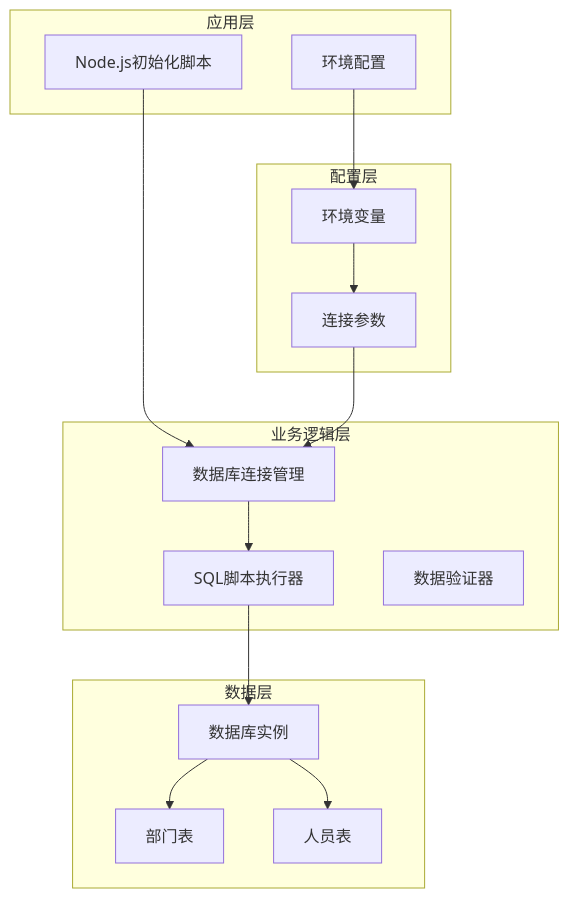
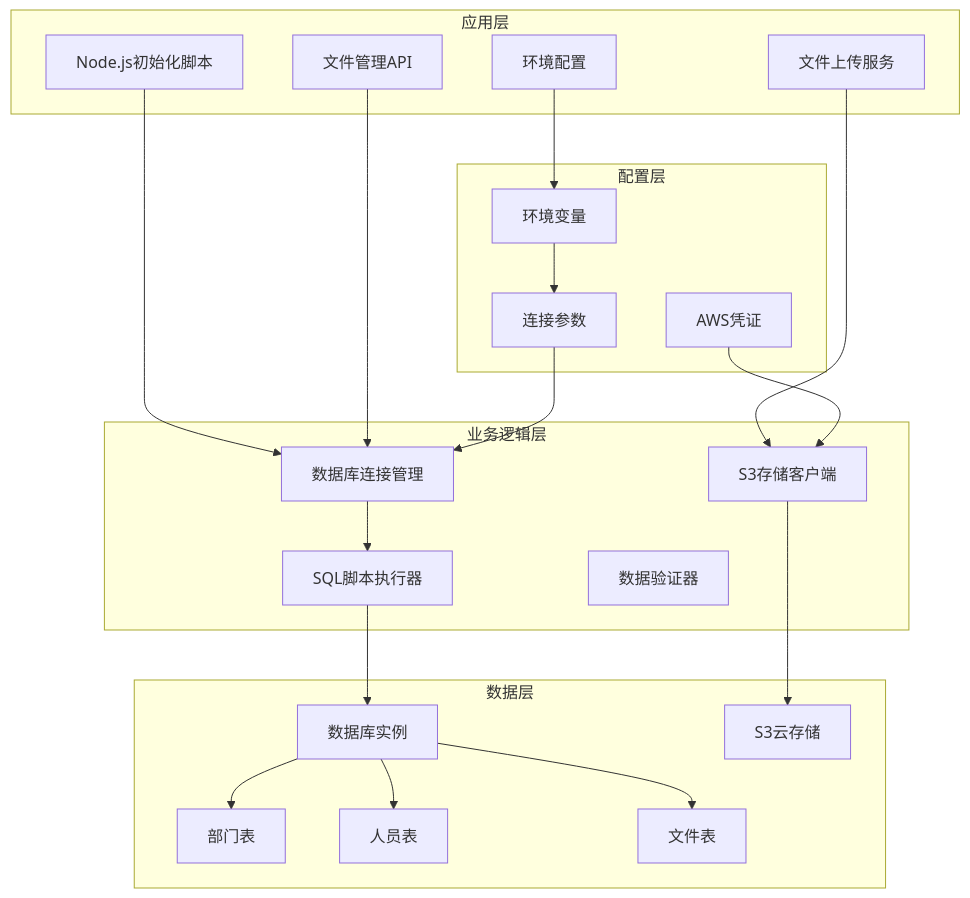
The second of 13 diagrams in .qoder/repowiki/zh/content/数据库脚本详解/数据库脚本详解.md (lane6008/fileTest), drawn with Mermaid before and after one commit. The commit also changed other lines of this file and 7 other files, not shown here.

````diff
--- a/.qoder/repowiki/zh/content/数据库脚本详解/数据库脚本详解.md
+++ b/.qoder/repowiki/zh/content/数据库脚本详解/数据库脚本详解.md
@@ -106,29 +131,40 @@
 ```mermaid
 graph TB
 subgraph "应用层"
 A[Node.js初始化脚本]
 B[环境配置]
+C[文件上传服务]
+D[文件管理API]
 end
 subgraph "业务逻辑层"
-C[数据库连接管理]
-D[SQL脚本执行器]
-E[数据验证器]
+E[数据库连接管理]
+F[SQL脚本执行器]
+G[数据验证器]
+H[S3存储客户端]
 end
 subgraph "数据层"
-F[数据库实例]
-G[部门表]
-H[人员表]
+I[数据库实例]
+J[部门表]
+K[人员表]
+L[文件表]
+M[S3云存储]
 end
 subgraph "配置层"
-I[环境变量]
-J[连接参数]
+N[环境变量]
+O[连接参数]
+P[AWS凭证]
 end
-A --> C
-B --> I
-C --> D
-D --> F
-F --> G
-F --> H
+A --> E
+B --> N
+C --> H
+D --> E
+E --> F
+F --> I
 I --> J
-J --> C
+I --> K
+I --> L
+N --> O
+O --> E
+P --> H
+H --> M
 ```
````
